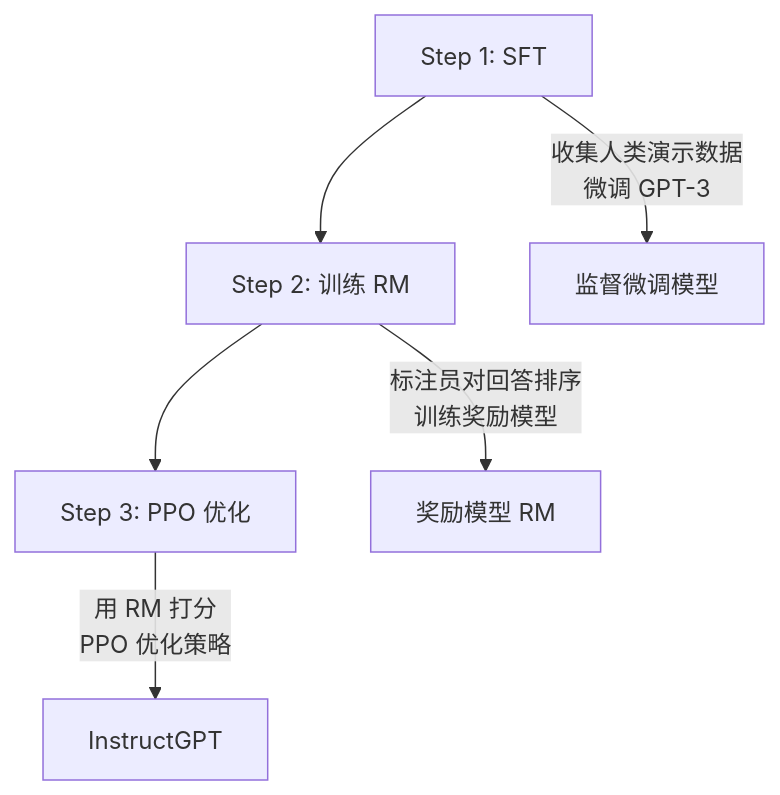
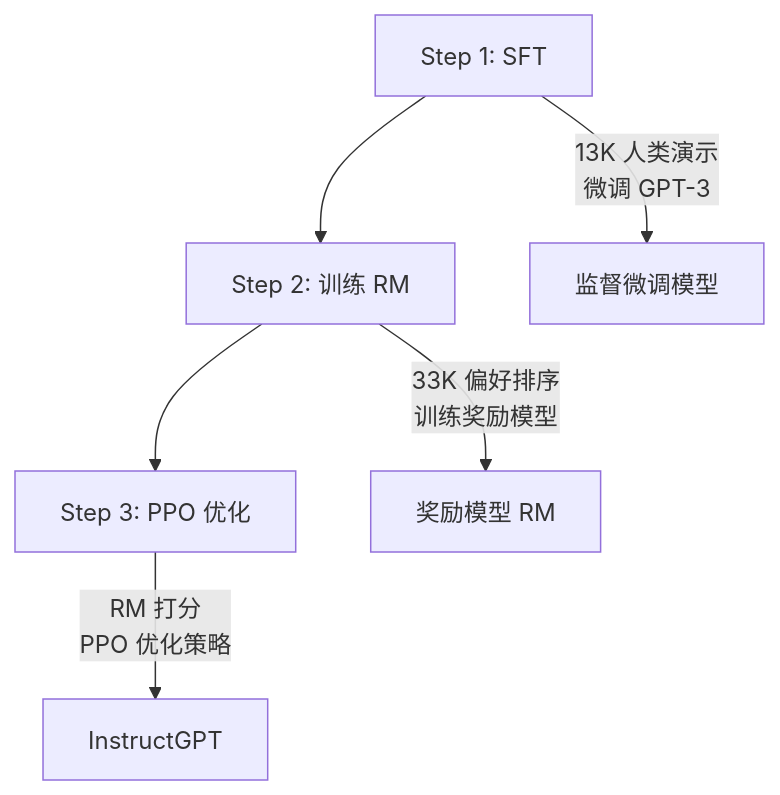
One commit to hxjmmmm/thought-vectors changed the diagram in src/content/docs/notes/papers/instruct-gpt.mdx. Above: the diagram before and after it, drawn with Mermaid. The commit also changed other lines of this file and 1 other file, not shown here.

First line of the commit message:
逐页充实：InstructGPT 论文 + 资源汇总

````diff
--- a/src/content/docs/notes/papers/instruct-gpt.mdx
+++ b/src/content/docs/notes/papers/instruct-gpt.mdx
@@ -17,8 +17,8 @@
 ```mermaid
 flowchart TD
     A[Step 1: SFT] --> B[Step 2: 训练 RM]
     B --> C[Step 3: PPO 优化]
-    A -->|收集人类演示数据<br/>微调 GPT-3| A1[监督微调模型]
-    B -->|标注员对回答排序<br/>训练奖励模型| B1[奖励模型 RM]
-    C -->|用 RM 打分<br/>PPO 优化策略| C1[InstructGPT]
+    A -->|13K 人类演示<br/>微调 GPT-3| A1[监督微调模型]
+    B -->|33K 偏好排序<br/>训练奖励模型| B1[奖励模型 RM]
+    C -->|RM 打分<br/>PPO 优化策略| C1[InstructGPT]
 ```
````
